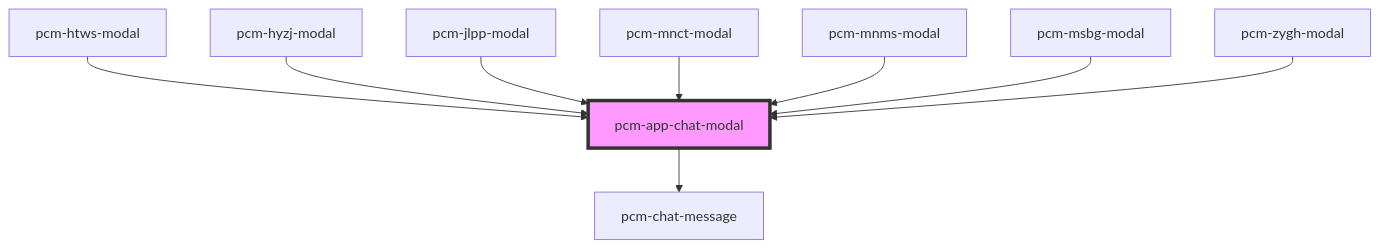
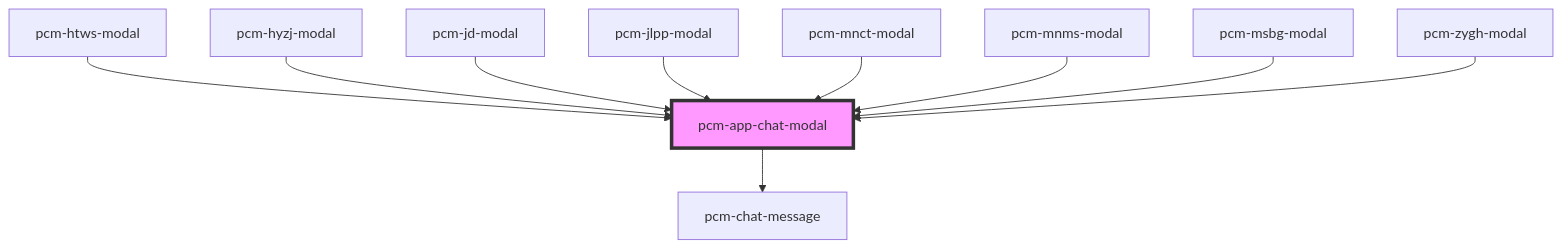
The diagram in packages/pcm-agents/docs/components/pcm-app-chat-modal/readme.md (Pincaimao/pcm-agents-sdk), drawn with Mermaid before and after one commit. The commit also changed other lines of this file and 30 other files, not shown here.

````diff
--- a/packages/pcm-agents/docs/components/pcm-app-chat-modal/readme.md
+++ b/packages/pcm-agents/docs/components/pcm-app-chat-modal/readme.md
@@ -59,12 +60,13 @@
 ```mermaid
 graph TD;
   pcm-app-chat-modal --> pcm-chat-message
   pcm-htws-modal --> pcm-app-chat-modal
   pcm-hyzj-modal --> pcm-app-chat-modal
+  pcm-jd-modal --> pcm-app-chat-modal
   pcm-jlpp-modal --> pcm-app-chat-modal
   pcm-mnct-modal --> pcm-app-chat-modal
   pcm-mnms-modal --> pcm-app-chat-modal
   pcm-msbg-modal --> pcm-app-chat-modal
   pcm-zygh-modal --> pcm-app-chat-modal
   style pcm-app-chat-modal fill:#f9f,stroke:#333,stroke-width:4px
 ```
````
